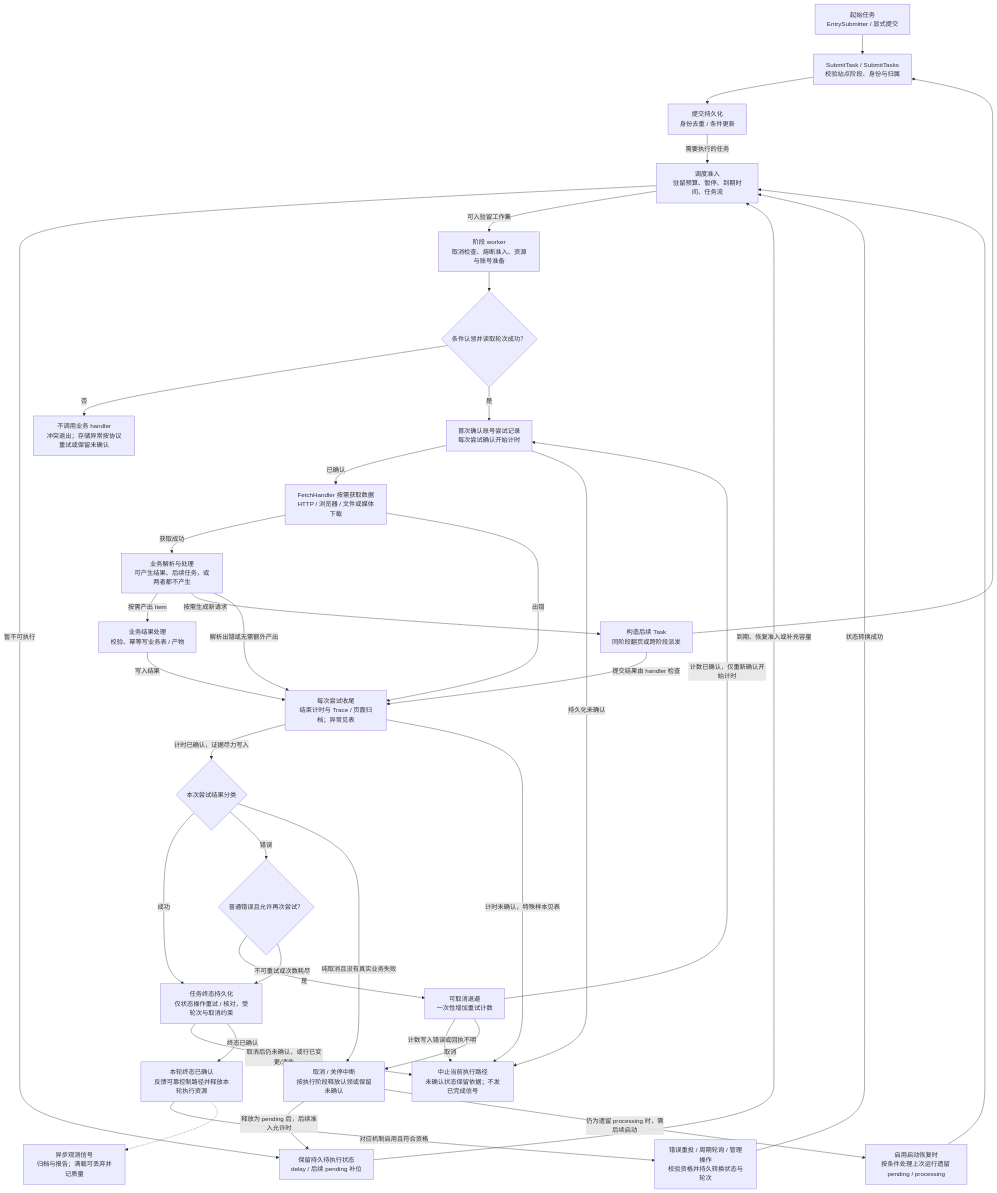
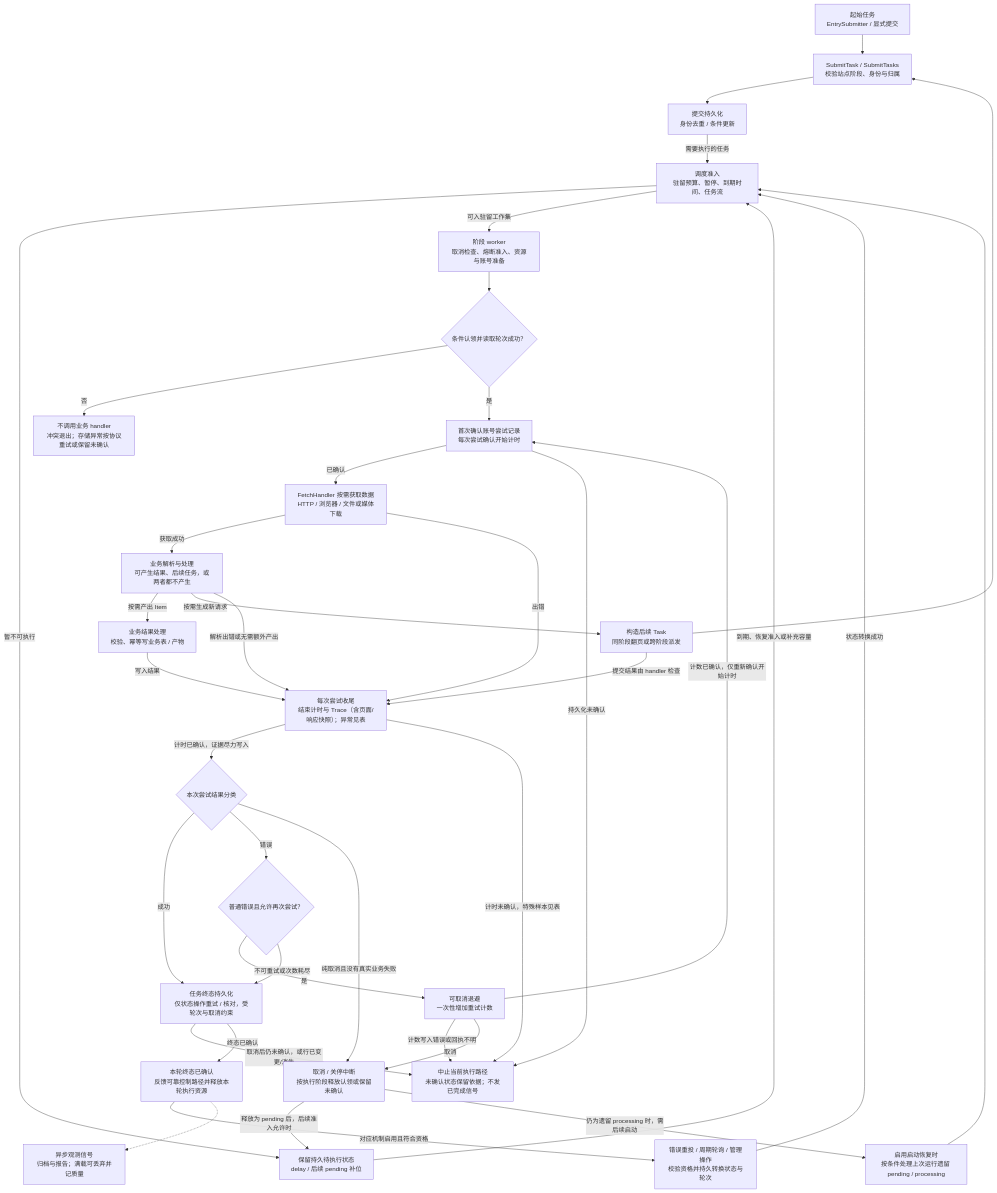
The second of 2 diagrams in docs/architecture/ARCHITECTURE_DIAGRAMS.md (ydtg1993/papa), drawn with Mermaid before and after one commit. The commit also changed other lines of this file and 196 other files, not shown here.

````diff
--- a/docs/architecture/ARCHITECTURE_DIAGRAMS.md
+++ b/docs/architecture/ARCHITECTURE_DIAGRAMS.md
@@ -121,65 +121,65 @@
 ```mermaid
 flowchart TD
     Entry["起始任务<br/>EntrySubmitter / 显式提交"]
     Submit["SubmitTask / SubmitTasks<br/>校验站点阶段、身份与归属"]
     Persist["提交持久化<br/>身份去重 / 条件更新"]
     Schedule["调度准入<br/>驻留预算、暂停、到期时间、任务流"]
     Pending["保留持久待执行状态<br/>delay / 后续 pending 补位"]
     Worker["阶段 worker<br/>取消检查、熔断准入、资源与账号准备"]
     Claim{"条件认领并读取轮次成功？"}
     Skip["不调用业务 handler<br/>冲突退出；存储异常按协议重试或保留未确认"]
     Attempt["首次确认账号尝试记录<br/>每次尝试确认开始计时"]
     Fetch["FetchHandler 按需获取数据<br/>HTTP / 浏览器 / 文件或媒体下载"]
     Parse["业务解析与处理<br/>可产生结果、后续任务，或两者都不产生"]
     Item["业务结果处理<br/>校验、幂等写业务表 / 产物"]
     Child["构造后续 Task<br/>同阶段翻页或跨阶段派发"]
-    Finish["每次尝试收尾<br/>结束计时与 Trace / 页面归档；异常见表"]
+    Finish["每次尝试收尾<br/>结束计时与 Trace（含页面/响应快照）；异常见表"]
     Return{"本次尝试结果分类"}
     Retry{"普通错误且允许再次尝试？"}
     Backoff["可取消退避<br/>一次性增加重试计数"]
     Settle["任务终态持久化<br/>仅状态操作重试 / 核对，受轮次与取消约束"]
     Uncertain["中止当前执行路径<br/>未确认状态保留依据；不发已完成信号"]
     Cancel["取消 / 关停中断<br/>按执行阶段释放认领或保留未确认"]
     Recover["启用启动恢复时<br/>按条件处理上次运行遗留 pending / processing"]
     Done["本轮终态已确认<br/>反馈可靠控制路径并释放本轮执行资源"]
     Requeue["错误重投 / 周期轮询 / 管理操作<br/>校验资格并持久转换状态与轮次"]
     Observe["异步观测信号<br/>归档与报告；满载可丢弃并记质量"]
 
     Entry --> Submit
     Submit --> Persist
     Persist -->|需要执行的任务| Schedule
     Schedule -->|暂不可执行| Pending
     Pending -->|到期、恢复准入或补充容量| Schedule
     Schedule -->|可入驻留工作集| Worker
     Worker --> Claim
     Claim -->|否| Skip
     Claim -->|是| Attempt
     Attempt -->|已确认| Fetch
     Attempt -->|持久化未确认| Uncertain
     Fetch -->|获取成功| Parse
     Fetch -->|出错| Finish
     Parse -->|按需产出 Item| Item
     Item -->|写入结果| Finish
     Parse -->|按需生成新请求| Child
     Child --> Submit
     Child -->|提交结果由 handler 检查| Finish
     Parse -->|解析出错或无需额外产出| Finish
     Finish -->|计时已确认，证据尽力写入| Return
     Finish -->|计时未确认，特殊样本见表| Uncertain
     Return -->|成功| Settle
     Return -->|错误| Retry
     Retry -->|是| Backoff
     Backoff -->|计数已确认，仅重新确认开始计时| Attempt
     Backoff -->|计数写入错误或回执不明| Uncertain
     Retry -->|不可重试或次数耗尽| Settle
     Return -->|纯取消且没有真实业务失败| Cancel
     Backoff -->|取消| Cancel
     Cancel -->|释放为 pending 后，后续准入允许时| Pending
     Cancel -->|仍为遗留 processing 时，需后续启动| Recover
     Recover --> Schedule
     Settle -->|取消后仍未确认，或行已变更/消失| Uncertain
     Settle -->|终态已确认| Done
     Done -->|对应机制启用且符合资格| Requeue
     Requeue -->|状态转换成功| Schedule
     Done -.-> Observe
 ```
````
